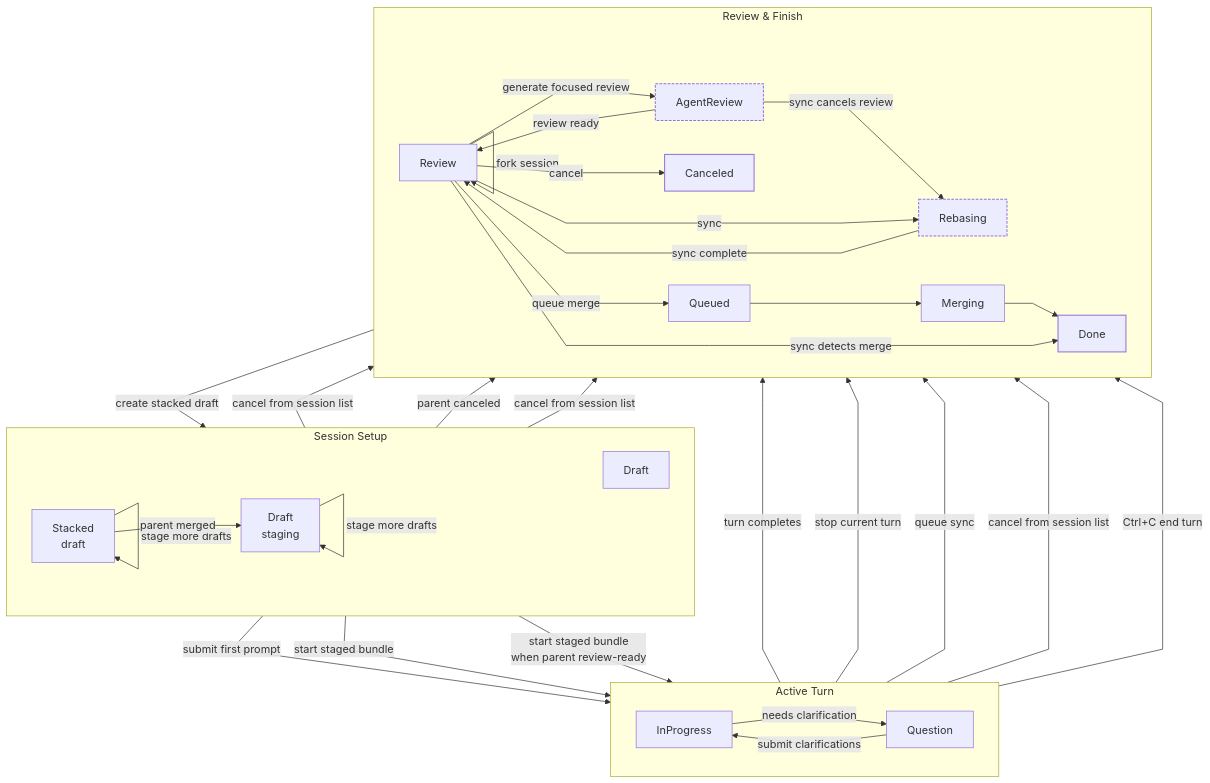
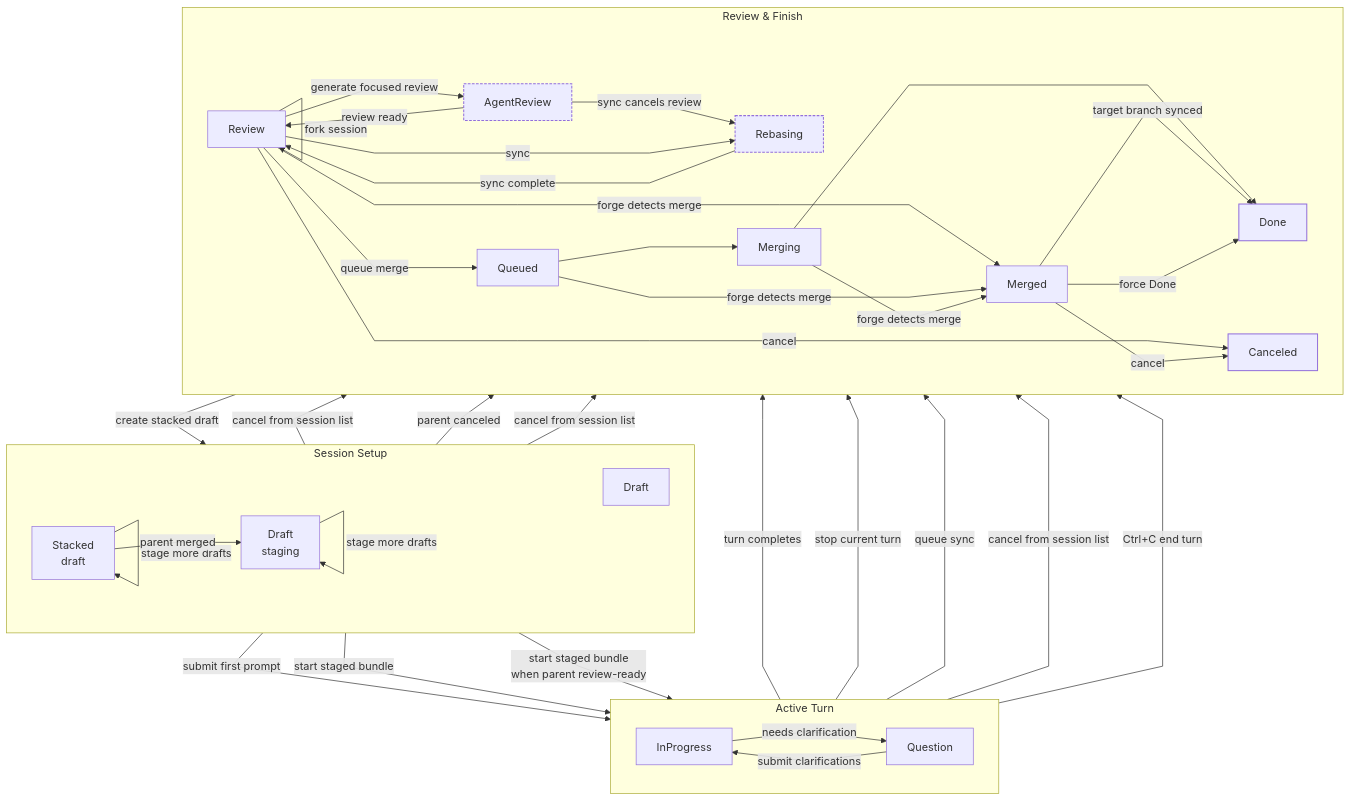
The diagram in docs/site/content/docs/usage/workflow.md (agentty-xyz/agentty), drawn with Mermaid before and after one commit. The commit also changed other lines of this file and 37 other files, not shown here.

First line of the commit message:
Keep merged sessions read-only and resolve forge review comments

````diff
--- a/docs/site/content/docs/usage/workflow.md
+++ b/docs/site/content/docs/usage/workflow.md
@@ -107,64 +108,70 @@
 ```mermaid
 %%{init: { "flowchart": { "curve": "linear" } } }%%
 flowchart TB
   classDef auxiliary stroke-dasharray: 4 2,stroke-width: 1.5px;
   classDef terminal stroke-width: 1.5px;
 
   subgraph start["Session Setup"]
     direction LR
     new_regular["Draft"]
     new_draft["Draft<br/>staging"]
     stacked_draft["Stacked<br/>draft"]
   end
 
   subgraph active["Active Turn"]
     direction LR
     in_progress["InProgress"]
     question["Question"]
   end
 
   subgraph finish["Review & Finish"]
     direction LR
     review["Review"]
     agent_review["AgentReview"]
     rebasing["Rebasing"]
     queued["Queued"]
     merging["Merging"]
+    merged["Merged"]
     done["Done"]
     canceled["Canceled"]
   end
 
   new_regular -->|submit first prompt| in_progress
   new_draft -->|stage more drafts| new_draft
   new_draft -->|start staged bundle| in_progress
   new_draft -->|cancel from session list| canceled
   stacked_draft -->|stage more drafts| stacked_draft
   stacked_draft -->|start staged bundle<br/>when parent review-ready| in_progress
   stacked_draft -->|parent merged| new_draft
   stacked_draft -->|parent canceled| canceled
   stacked_draft -->|cancel from session list| canceled
 
   in_progress -->|turn completes| review
   in_progress -->|needs clarification| question
   in_progress -->|stop current turn| review
   in_progress -->|queue sync| rebasing
   in_progress -->|cancel from session list| canceled
   question -->|submit clarifications| in_progress
   question -->|Ctrl+C end turn| review
 
   review -->|generate focused review| agent_review
   review -->|create stacked draft| stacked_draft
   review -->|fork session| review
   agent_review -->|review ready| review
   agent_review -->|sync cancels review| rebasing
   review -->|sync| rebasing
   rebasing -->|sync complete| review
   review -->|queue merge| queued
   queued --> merging
   merging --> done
   review -->|cancel| canceled
-  review -->|sync detects merge| done
+  review -->|forge detects merge| merged
+  queued -->|forge detects merge| merged
+  merging -->|forge detects merge| merged
+  merged -->|target branch synced| done
+  merged -->|force Done| done
+  merged -->|cancel| canceled
 
   class agent_review,rebasing auxiliary
   class done,canceled terminal
 ```
````
